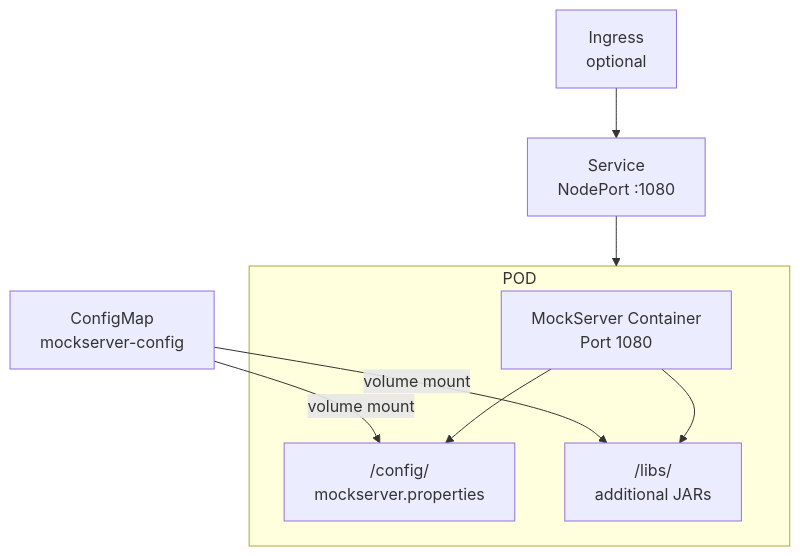
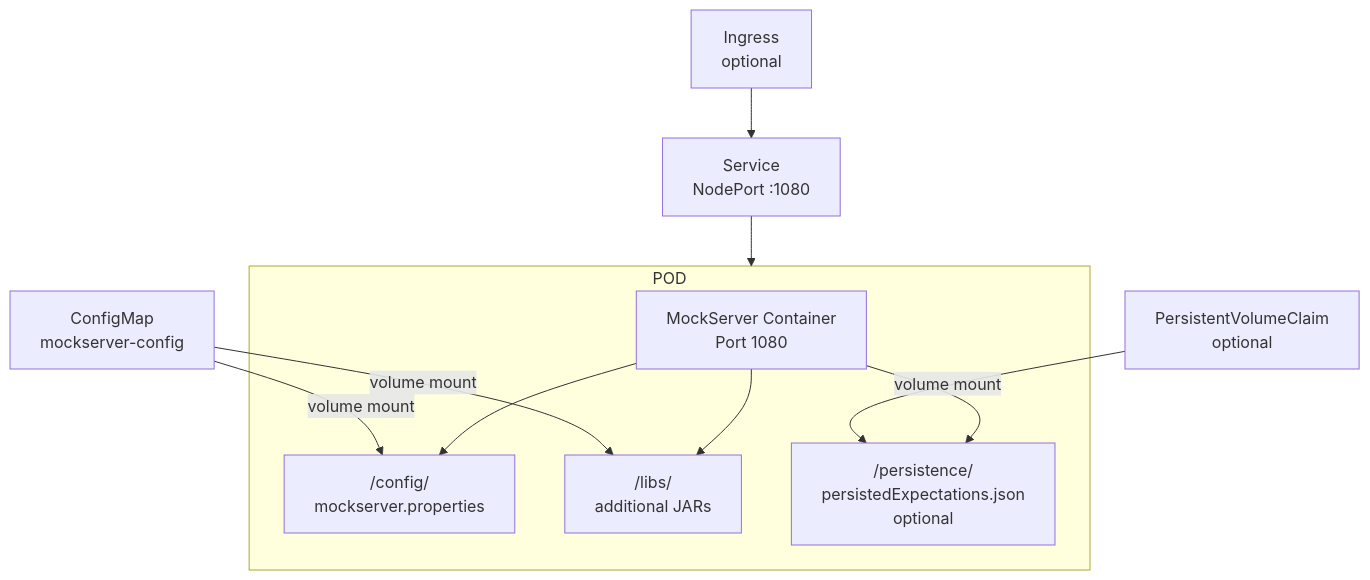
The second of 3 diagrams in docs/infrastructure/helm.md (mock-server/mockserver), drawn with Mermaid before and after one commit. The commit also changed other lines of this file and 8 other files, not shown here.

First line of the commit message:
feat(helm): add PersistentVolumeClaim support for expectation persistence (#1779)

````diff
--- a/docs/infrastructure/helm.md
+++ b/docs/infrastructure/helm.md
@@ -101,22 +111,28 @@
 ```mermaid
 graph TB
     ING["Ingress
 optional"] --> SVC["Service
 NodePort :1080"]
     SVC --> POD[Pod]
 
     subgraph POD
         CONT["MockServer Container
 Port 1080"]
         VOL_PROPS["/config/
 mockserver.properties"]
         VOL_LIBS["/libs/
 additional JARs"]
+        VOL_PERSIST["/persistence/
+persistedExpectations.json
+optional"]
     end
 
     CM["ConfigMap
 mockserver-config"] -->|volume mount| VOL_PROPS
     CM -->|volume mount| VOL_LIBS
+    PVC["PersistentVolumeClaim
+optional"] -->|volume mount| VOL_PERSIST
     CONT --> VOL_PROPS
     CONT --> VOL_LIBS
+    CONT --> VOL_PERSIST
 ```
````
